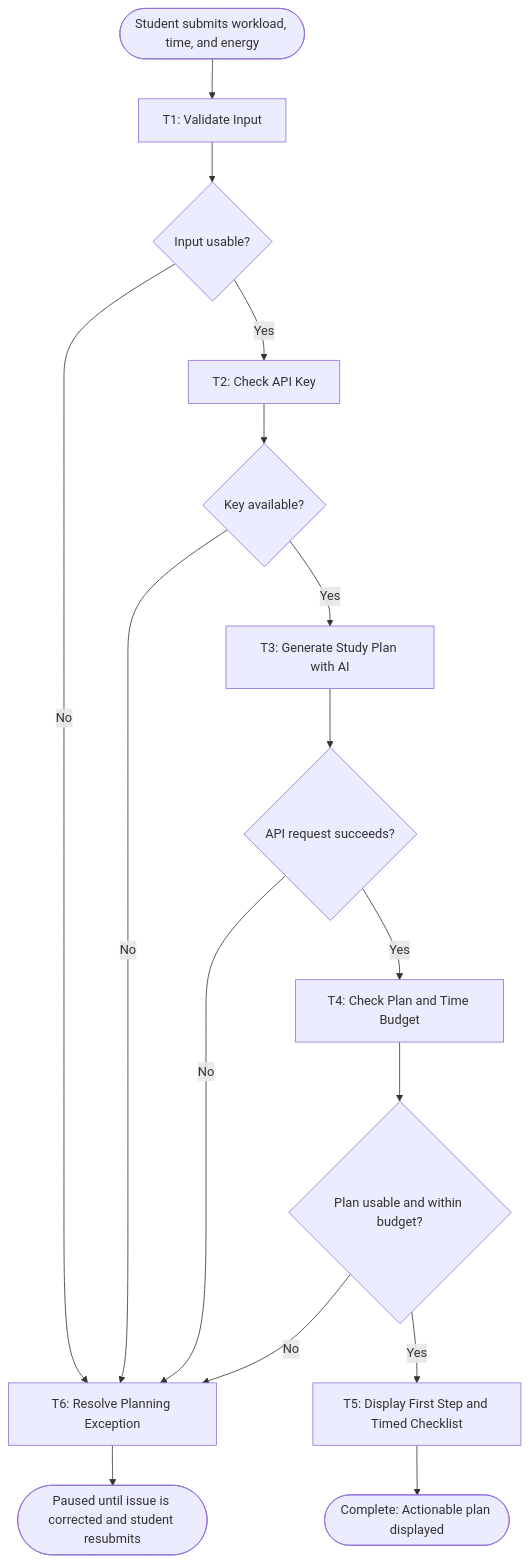
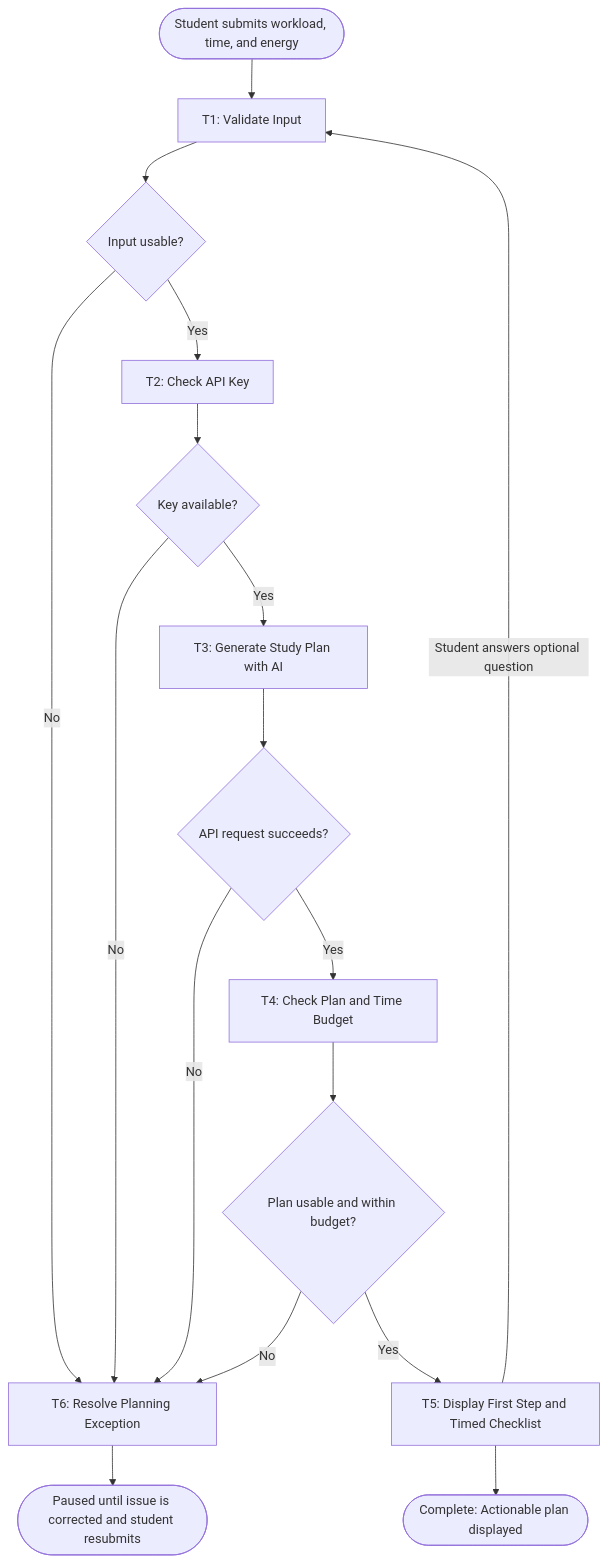
The diagram in our_team_agent/agent/workflow-of-tasks.md (bella940118-lgtm/Study-planner), drawn with Mermaid before and after one commit. The commit also changed other lines of this file and 7 other files, not shown here.

````diff
--- a/our_team_agent/agent/workflow-of-tasks.md
+++ b/our_team_agent/agent/workflow-of-tasks.md
@@ -25,22 +25,23 @@
 ```mermaid
 flowchart TD
     START([Student submits workload, time, and energy]) --> T1["T1: Validate Input"]
     T1 --> D1{"Input usable?"}
     D1 -->|No| T6["T6: Resolve Planning Exception"]
     D1 -->|Yes| T2["T2: Check API Key"]
 
     T2 --> D2{"Key available?"}
     D2 -->|No| T6
     D2 -->|Yes| T3["T3: Generate Study Plan with AI"]
 
     T3 --> D3{"API request succeeds?"}
     D3 -->|No| T6
     D3 -->|Yes| T4["T4: Check Plan and Time Budget"]
 
     T4 --> D4{"Plan usable and within budget?"}
     D4 -->|No| T6
     D4 -->|Yes| T5["T5: Display First Step and Timed Checklist"]
 
     T5 --> END([Complete: Actionable plan displayed])
+    T5 -->|Student answers optional question| T1
     T6 --> HOLD([Paused until issue is corrected and student resubmits])
 ```
````
